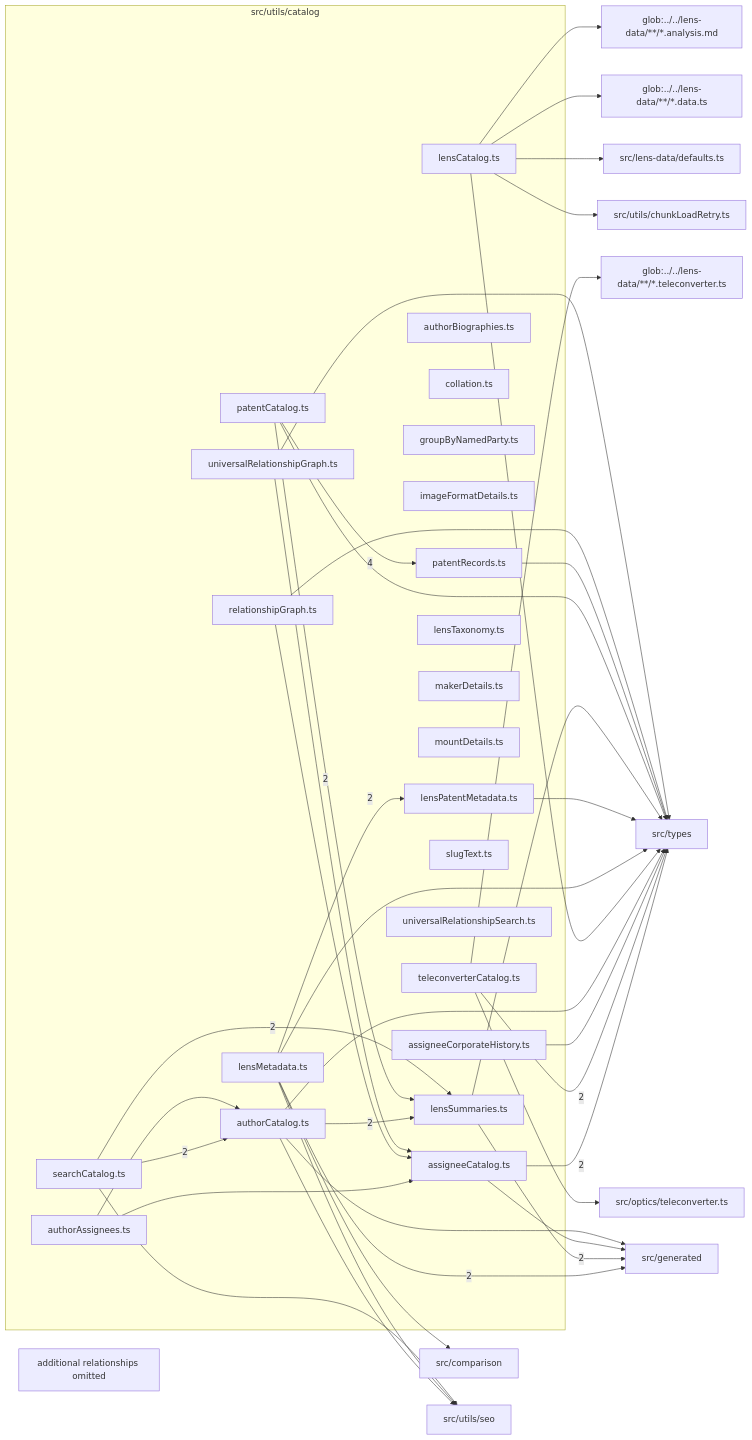
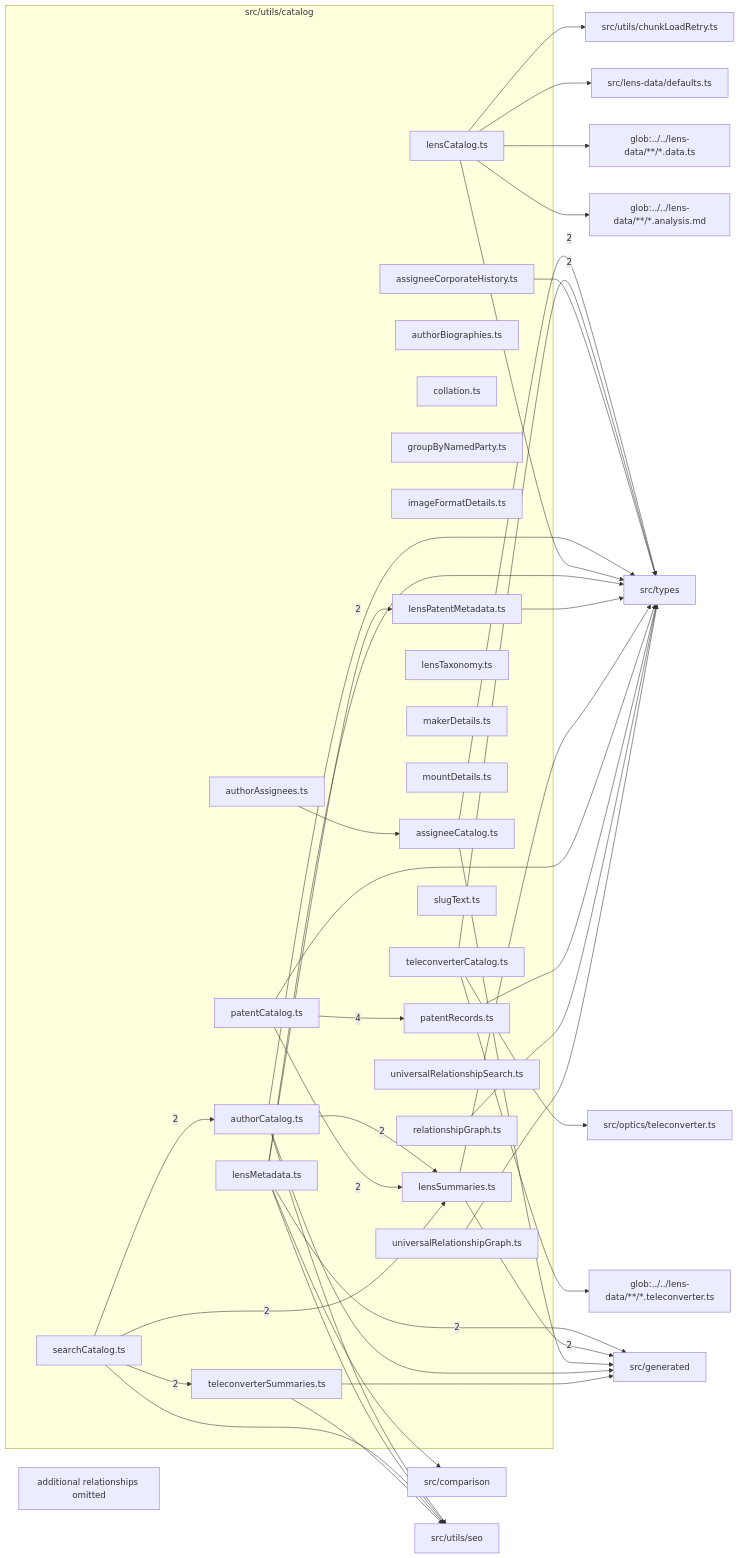
Before and after one commit to BeamFour/LensVisualizer: the diagram in src/utils/catalog/readme.md, drawn with Mermaid. The commit also changed other lines of this file and 33 other files, not shown here.

First line of the commit message:
Add teleconverter pages, search results and build metadata

````diff
--- a/src/utils/catalog/readme.md
+++ b/src/utils/catalog/readme.md
@@ -9,75 +9,76 @@
 ```mermaid
 flowchart LR
   subgraph n_src_utils_catalog["src/utils/catalog"]
     n_src_utils_catalog_src_utils_catalog_assigneeCatalog_ts["assigneeCatalog.ts"]
     n_src_utils_catalog_src_utils_catalog_assigneeCorporateHistory_ts["assigneeCorporateHistory.ts"]
     n_src_utils_catalog_src_utils_catalog_authorAssignees_ts["authorAssignees.ts"]
     n_src_utils_catalog_src_utils_catalog_authorBiographies_ts["authorBiographies.ts"]
     n_src_utils_catalog_src_utils_catalog_authorCatalog_ts["authorCatalog.ts"]
     n_src_utils_catalog_src_utils_catalog_collation_ts["collation.ts"]
     n_src_utils_catalog_src_utils_catalog_groupByNamedParty_ts["groupByNamedParty.ts"]
     n_src_utils_catalog_src_utils_catalog_imageFormatDetails_ts["imageFormatDetails.ts"]
     n_src_utils_catalog_src_utils_catalog_lensCatalog_ts["lensCatalog.ts"]
     n_src_utils_catalog_src_utils_catalog_lensMetadata_ts["lensMetadata.ts"]
     n_src_utils_catalog_src_utils_catalog_lensPatentMetadata_ts["lensPatentMetadata.ts"]
     n_src_utils_catalog_src_utils_catalog_lensSummaries_ts["lensSummaries.ts"]
     n_src_utils_catalog_src_utils_catalog_lensTaxonomy_ts["lensTaxonomy.ts"]
     n_src_utils_catalog_src_utils_catalog_makerDetails_ts["makerDetails.ts"]
     n_src_utils_catalog_src_utils_catalog_mountDetails_ts["mountDetails.ts"]
     n_src_utils_catalog_src_utils_catalog_patentCatalog_ts["patentCatalog.ts"]
     n_src_utils_catalog_src_utils_catalog_patentRecords_ts["patentRecords.ts"]
     n_src_utils_catalog_src_utils_catalog_relationshipGraph_ts["relationshipGraph.ts"]
     n_src_utils_catalog_src_utils_catalog_searchCatalog_ts["searchCatalog.ts"]
     n_src_utils_catalog_src_utils_catalog_slugText_ts["slugText.ts"]
     n_src_utils_catalog_src_utils_catalog_teleconverterCatalog_ts["teleconverterCatalog.ts"]
+    n_src_utils_catalog_src_utils_catalog_teleconverterSummaries_ts["teleconverterSummaries.ts"]
     n_src_utils_catalog_src_utils_catalog_universalRelationshipGraph_ts["universalRelationshipGraph.ts"]
     n_src_utils_catalog_src_utils_catalog_universalRelationshipSearch_ts["universalRelationshipSearch.ts"]
   end
   n_external_src_generated["src/generated"]
   n_external_src_types["src/types"]
   n_external_glob_______lens_data______analysis_md["glob:../../lens-data/**/*.analysis.md"]
   n_external_glob_______lens_data______data_ts["glob:../../lens-data/**/*.data.ts"]
   n_external_glob_______lens_data______teleconverter_ts["glob:../../lens-data/**/*.teleconverter.ts"]
   n_external_src_comparison["src/comparison"]
   n_external_src_lens_data_defaults_ts["src/lens-data/defaults.ts"]
   n_external_src_optics_teleconverter_ts["src/optics/teleconverter.ts"]
   n_external_src_utils_chunkLoadRetry_ts["src/utils/chunkLoadRetry.ts"]
   n_external_src_utils_seo["src/utils/seo"]
   n_src_utils_catalog_src_utils_catalog_patentCatalog_ts --> |4| n_src_utils_catalog_src_utils_catalog_patentRecords_ts
   n_src_utils_catalog_src_utils_catalog_lensMetadata_ts --> |2| n_external_src_generated
   n_src_utils_catalog_src_utils_catalog_lensSummaries_ts --> |2| n_external_src_generated
   n_src_utils_catalog_src_utils_catalog_assigneeCatalog_ts --> |2| n_external_src_types
   n_src_utils_catalog_src_utils_catalog_teleconverterCatalog_ts --> |2| n_external_src_types
   n_src_utils_catalog_src_utils_catalog_searchCatalog_ts --> |2| n_src_utils_catalog_src_utils_catalog_authorCatalog_ts
   n_src_utils_catalog_src_utils_catalog_lensMetadata_ts --> |2| n_src_utils_catalog_src_utils_catalog_lensPatentMetadata_ts
   n_src_utils_catalog_src_utils_catalog_authorCatalog_ts --> |2| n_src_utils_catalog_src_utils_catalog_lensSummaries_ts
   n_src_utils_catalog_src_utils_catalog_patentCatalog_ts --> |2| n_src_utils_catalog_src_utils_catalog_lensSummaries_ts
   n_src_utils_catalog_src_utils_catalog_searchCatalog_ts --> |2| n_src_utils_catalog_src_utils_catalog_lensSummaries_ts
+  n_src_utils_catalog_src_utils_catalog_searchCatalog_ts --> |2| n_src_utils_catalog_src_utils_catalog_teleconverterSummaries_ts
   n_src_utils_catalog_src_utils_catalog_lensCatalog_ts --> n_external_glob_______lens_data______analysis_md
   n_src_utils_catalog_src_utils_catalog_lensCatalog_ts --> n_external_glob_______lens_data______data_ts
   n_src_utils_catalog_src_utils_catalog_teleconverterCatalog_ts --> n_external_glob_______lens_data______teleconverter_ts
   n_src_utils_catalog_src_utils_catalog_lensMetadata_ts --> n_external_src_comparison
   n_src_utils_catalog_src_utils_catalog_assigneeCatalog_ts --> n_external_src_generated
   n_src_utils_catalog_src_utils_catalog_authorCatalog_ts --> n_external_src_generated
+  n_src_utils_catalog_src_utils_catalog_teleconverterSummaries_ts --> n_external_src_generated
   n_src_utils_catalog_src_utils_catalog_lensCatalog_ts --> n_external_src_lens_data_defaults_ts
   n_src_utils_catalog_src_utils_catalog_teleconverterCatalog_ts --> n_external_src_optics_teleconverter_ts
   n_src_utils_catalog_src_utils_catalog_assigneeCorporateHistory_ts --> n_external_src_types
   n_src_utils_catalog_src_utils_catalog_authorCatalog_ts --> n_external_src_types
   n_src_utils_catalog_src_utils_catalog_lensCatalog_ts --> n_external_src_types
   n_src_utils_catalog_src_utils_catalog_lensMetadata_ts --> n_external_src_types
   n_src_utils_catalog_src_utils_catalog_lensPatentMetadata_ts --> n_external_src_types
   n_src_utils_catalog_src_utils_catalog_lensSummaries_ts --> n_external_src_types
   n_src_utils_catalog_src_utils_catalog_patentCatalog_ts --> n_external_src_types
   n_src_utils_catalog_src_utils_catalog_patentRecords_ts --> n_external_src_types
   n_src_utils_catalog_src_utils_catalog_relationshipGraph_ts --> n_external_src_types
   n_src_utils_catalog_src_utils_catalog_universalRelationshipGraph_ts --> n_external_src_types
   n_src_utils_catalog_src_utils_catalog_lensCatalog_ts --> n_external_src_utils_chunkLoadRetry_ts
   n_src_utils_catalog_src_utils_catalog_authorCatalog_ts --> n_external_src_utils_seo
   n_src_utils_catalog_src_utils_catalog_lensMetadata_ts --> n_external_src_utils_seo
   n_src_utils_catalog_src_utils_catalog_searchCatalog_ts --> n_external_src_utils_seo
+  n_src_utils_catalog_src_utils_catalog_teleconverterSummaries_ts --> n_external_src_utils_seo
   n_src_utils_catalog_src_utils_catalog_authorAssignees_ts --> n_src_utils_catalog_src_utils_catalog_assigneeCatalog_ts
-  n_src_utils_catalog_src_utils_catalog_relationshipGraph_ts --> n_src_utils_catalog_src_utils_catalog_assigneeCatalog_ts
-  n_src_utils_catalog_src_utils_catalog_universalRelationshipGraph_ts --> n_src_utils_catalog_src_utils_catalog_assigneeCatalog_ts
-  n_src_utils_catalog_src_utils_catalog_authorAssignees_ts --> n_src_utils_catalog_src_utils_catalog_authorCatalog_ts
   n_src_utils_catalog_truncated["additional relationships omitted"]
 ```
````
